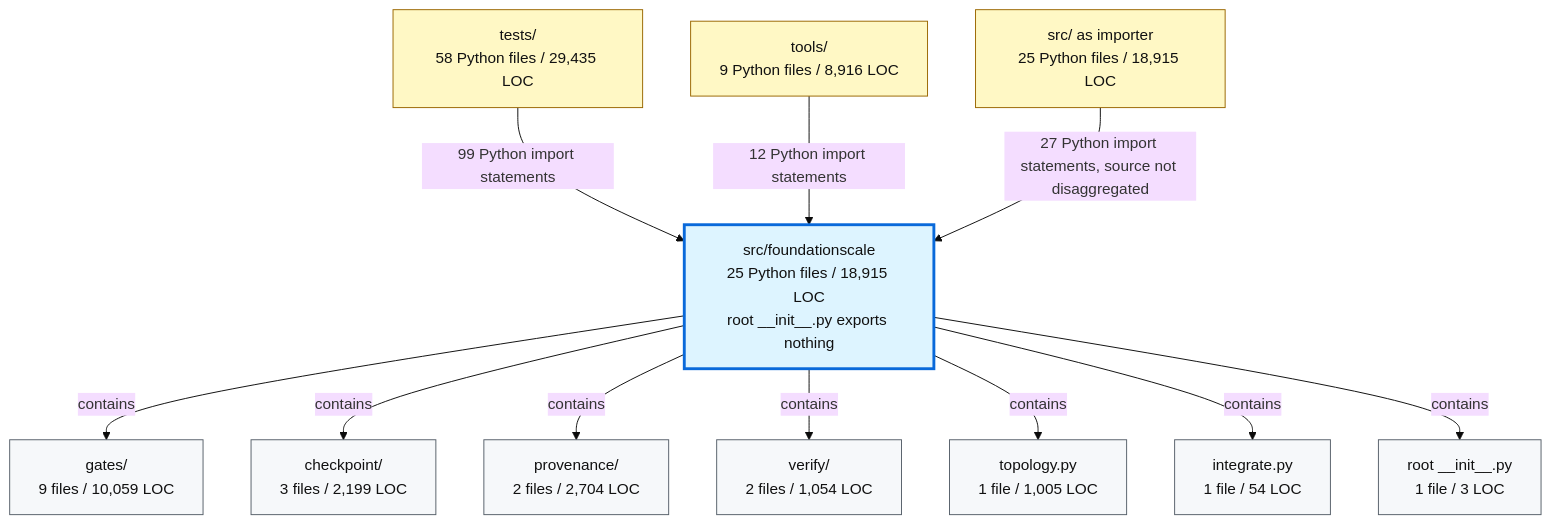
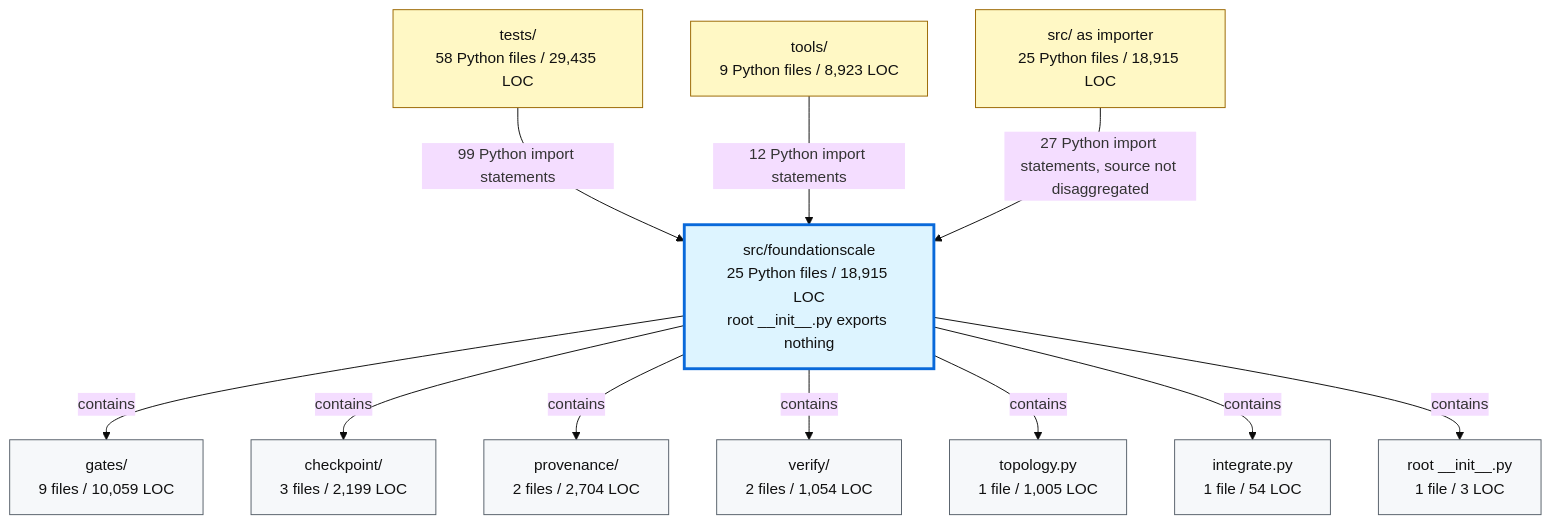
The second of 2 diagrams in docs/review/D2_current_architecture.md (TranNhiem/FoundationScale), drawn with Mermaid (base theme) before and after one commit. The commit also changed other lines of this file and 95 other files, not shown here.

````diff
--- a/docs/review/D2_current_architecture.md
+++ b/docs/review/D2_current_architecture.md
@@ -97,36 +97,36 @@
 ```mermaid
 flowchart TB
   TESTS["tests/<br/>58 Python files / 29,435 LOC"]
-  TOOLS["tools/<br/>9 Python files / 8,916 LOC"]
+  TOOLS["tools/<br/>9 Python files / 8,923 LOC"]
   SRC["src/ as importer<br/>25 Python files / 18,915 LOC"]
 
   FS["src/foundationscale<br/>25 Python files / 18,915 LOC<br/>root __init__.py exports nothing"]
 
   GATES["gates/<br/>9 files / 10,059 LOC"]
   CKPT["checkpoint/<br/>3 files / 2,199 LOC"]
   PROV["provenance/<br/>2 files / 2,704 LOC"]
   VERIFY["verify/<br/>2 files / 1,054 LOC"]
   TOPO["topology.py<br/>1 file / 1,005 LOC"]
   INTEG["integrate.py<br/>1 file / 54 LOC"]
   ROOT["root __init__.py<br/>1 file / 3 LOC"]
 
   TESTS -->|"99 Python import statements"| FS
   TOOLS -->|"12 Python import statements"| FS
   SRC -->|"27 Python import statements, source not disaggregated"| FS
 
   FS -->|"contains"| GATES
   FS -->|"contains"| CKPT
   FS -->|"contains"| PROV
   FS -->|"contains"| VERIFY
   FS -->|"contains"| TOPO
   FS -->|"contains"| INTEG
   FS -->|"contains"| ROOT
 
   classDef consumer fill:#fff8c5,stroke:#9a6700,color:#111;
   classDef package fill:#ddf4ff,stroke:#0969da,stroke-width:3px,color:#111;
   classDef module fill:#f6f8fa,stroke:#57606a,color:#111;
 
   class TESTS,TOOLS,SRC consumer;
   class FS package;
   class GATES,CKPT,PROV,VERIFY,TOPO,INTEG,ROOT module;
 ```
````
